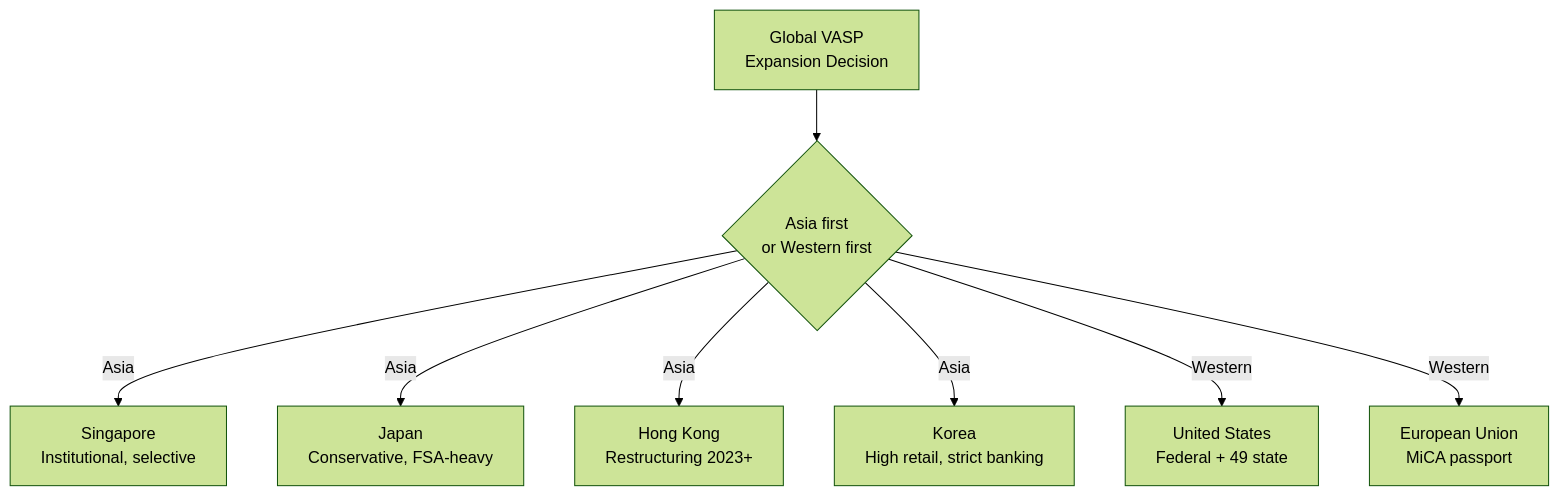
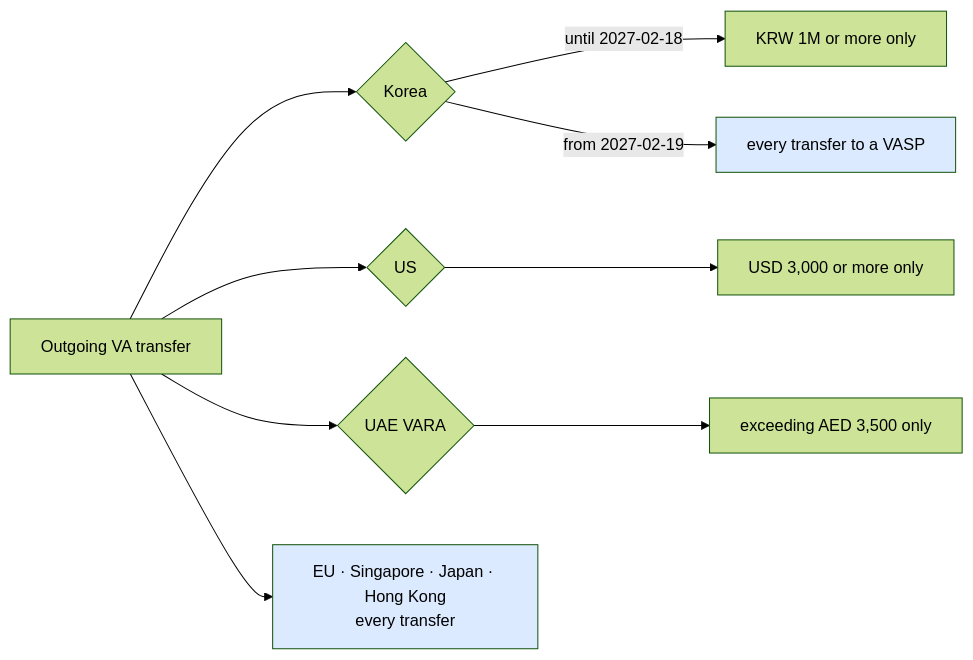
One commit to lala-david/aml-notes changed the first of 2 diagrams in en/regulatory-comparison.md. Above: the diagram before and after it, drawn with Mermaid (forest theme). The commit also changed other lines of this file and 379 other files, not shown here.

First line of the commit message:
notes,kb,en,deep,charts: 2026-10-21 기준 정정 46건 반영 — 출처 없는 수치를 걷어내고 다이어그램을 다시 그림

````diff
--- a/en/regulatory-comparison.md
+++ b/en/regulatory-comparison.md
@@ -136,19 +55,13 @@
 ```mermaid
-flowchart TB
-    START["Global VASP<br/>Expansion Decision"]
-    ASIA{"Asia first<br/>or Western first"}
-    KR["Korea<br/>High retail, strict banking"]
-    JP["Japan<br/>Conservative, FSA-heavy"]
-    SG["Singapore<br/>Institutional, selective"]
-    HK["Hong Kong<br/>Restructuring 2023+"]
-    US["United States<br/>Federal + 49 state"]
-    EU["European Union<br/>MiCA passport"]
-
-    START --> ASIA
-    ASIA -->|"Asia"| SG
-    ASIA -->|"Asia"| JP
-    ASIA -->|"Asia"| HK
-    ASIA -->|"Asia"| KR
-    ASIA -->|"Western"| US
-    ASIA -->|"Western"| EU
+flowchart LR
+    T["Outgoing VA transfer"] --> KR{"Korea"}
+    KR -->|"until 2027-02-18"| KRA["KRW 1M or more only"]
+    KR -->|"from 2027-02-19"| KRC["every transfer to a VASP"]
+    T --> USQ{"US"}
+    USQ --> USA["USD 3,000 or more only"]
+    T --> AEQ{"UAE VARA"}
+    AEQ --> AEA["exceeding AED 3,500 only"]
+    T --> ALL["EU · Singapore · Japan · Hong Kong<br/>every transfer"]
+    style KRC fill:#dbeafe
+    style ALL fill:#dbeafe
 ```
````
